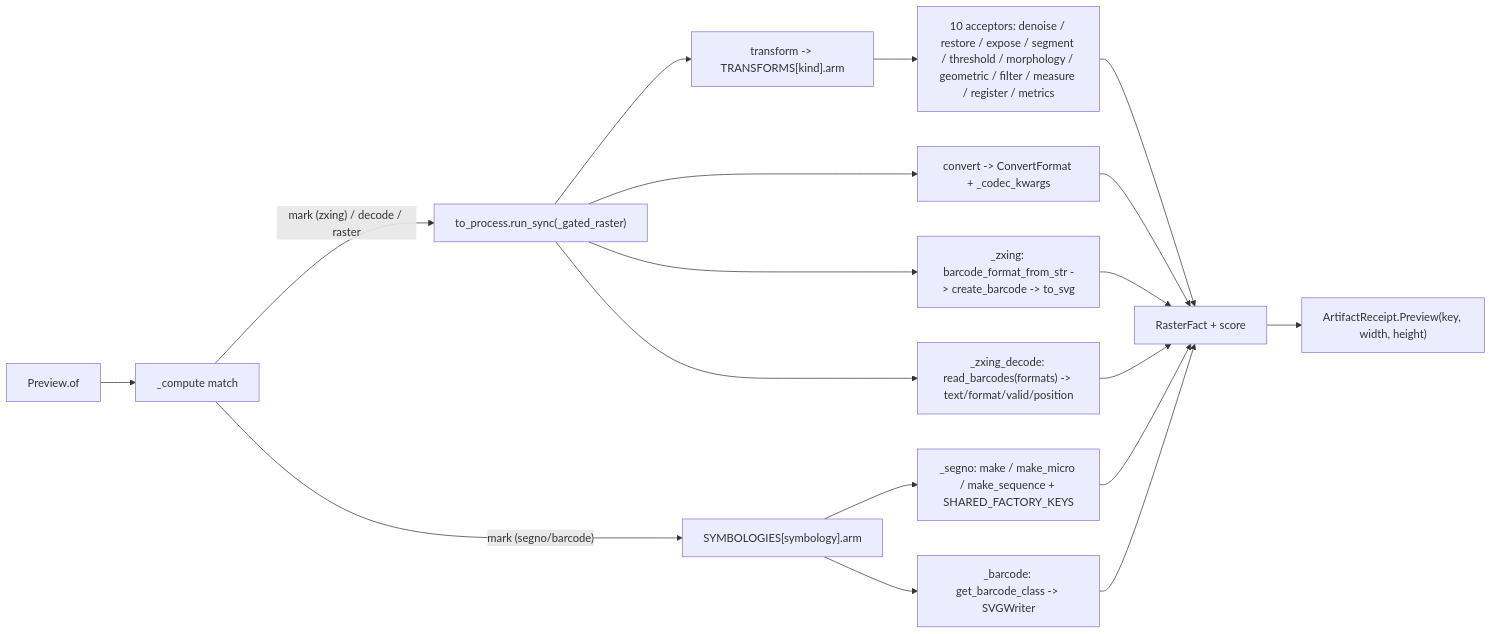
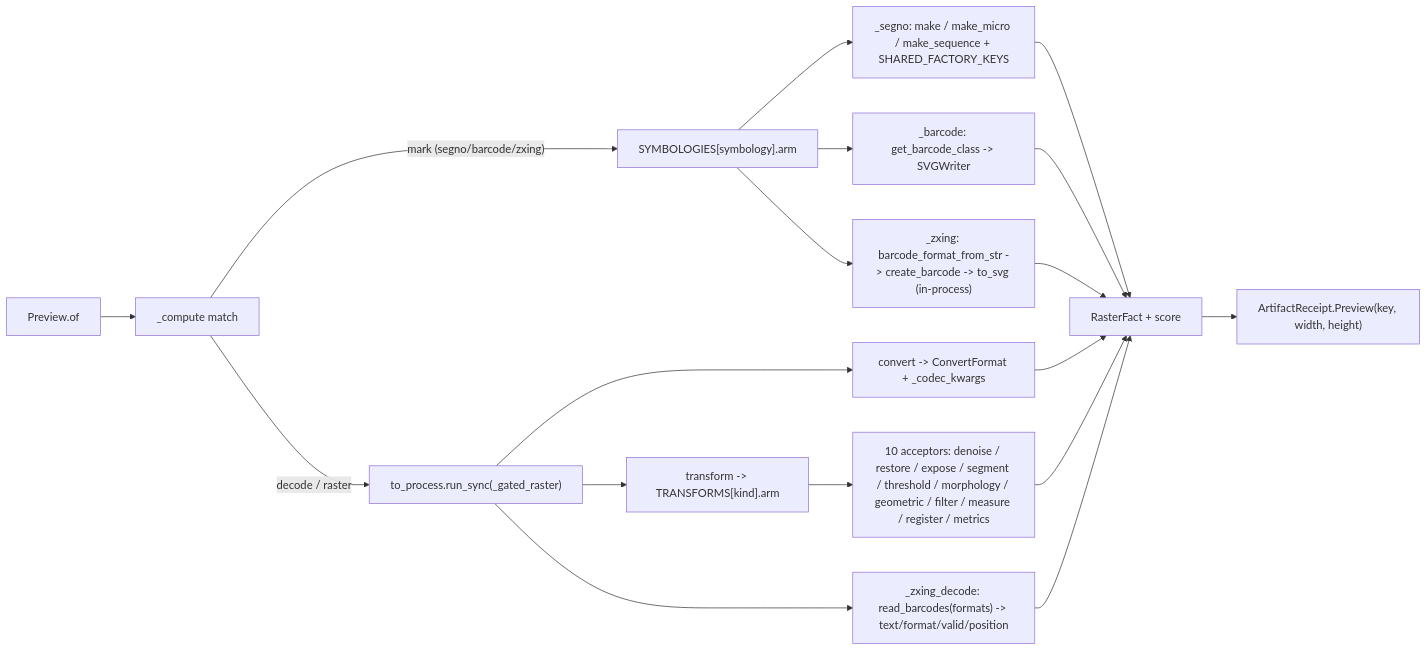
The diagram in libs/python/artifacts/.planning/figures/preview.md (bsamiee/Rasm), drawn with Mermaid before and after one commit. The commit also changed other lines of this file and 220 other files, not shown here.

````diff
--- a/libs/python/artifacts/.planning/figures/preview.md
+++ b/libs/python/artifacts/.planning/figures/preview.md
@@ -575,20 +573,20 @@
 ```mermaid
 flowchart LR
     Of["Preview.of"] --> Compute["_compute match"]
-    Compute -->|"mark (segno/barcode)"| Sym["SYMBOLOGIES[symbology].arm"]
-    Compute -->|"mark (zxing) / decode / raster"| Worker["to_process.run_sync(_gated_raster)"]
+    Compute -->|"mark (segno/barcode/zxing)"| Sym["SYMBOLOGIES[symbology].arm"]
+    Compute -->|"decode / raster"| Worker["to_process.run_sync(_gated_raster)"]
     Sym --> Qr["_segno: make / make_micro / make_sequence + SHARED_FACTORY_KEYS"]
     Sym --> Bar["_barcode: get_barcode_class -> SVGWriter"]
+    Sym --> Zx["_zxing: barcode_format_from_str -> create_barcode -> to_svg (in-process)"]
     Worker --> Convert["convert -> ConvertFormat + _codec_kwargs"]
     Worker --> Tx["transform -> TRANSFORMS[kind].arm"]
-    Worker --> Zx["_zxing: barcode_format_from_str -> create_barcode -> to_svg"]
     Worker --> Dec["_zxing_decode: read_barcodes(formats) -> text/format/valid/position"]
     Tx --> Acc["10 acceptors: denoise / restore / expose / segment / threshold / morphology / geometric / filter / measure / register / metrics"]
     Acc --> Fact["RasterFact + score"]
     Convert --> Fact
     Zx --> Fact
     Dec --> Fact
     Qr --> Fact
     Bar --> Fact
     Fact --> Receipt["ArtifactReceipt.Preview(key, width, height)"]
 ```
````
